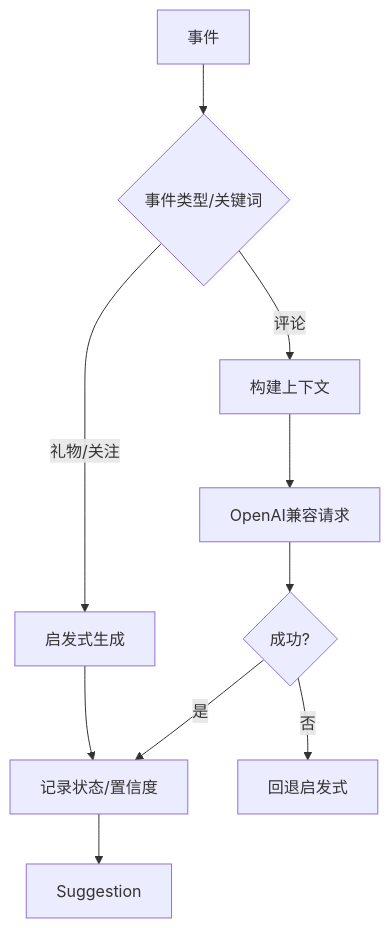
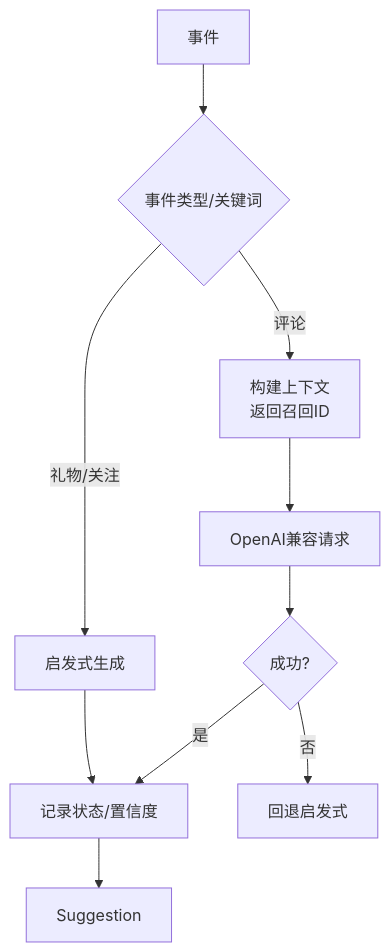
The fourth of 6 diagrams in .qoder/repowiki/zh/content/开发指南/调试与故障排除/调试与故障排除.md (Moon-Force/DouYin_llm), drawn with Mermaid before and after one commit. The commit also changed other lines of this file and 17 other files, not shown here.

````diff
--- a/.qoder/repowiki/zh/content/开发指南/调试与故障排除/调试与故障排除.md
+++ b/.qoder/repowiki/zh/content/开发指南/调试与故障排除/调试与故障排除.md
@@ -174,12 +168,12 @@
 ```mermaid
 flowchart TD
 Evt["事件"] --> Type{"事件类型/关键词"}
 Type --> |礼物/关注| Heu["启发式生成"]
-Type --> |评论| Ctx["构建上下文"]
+Type --> |评论| Ctx["构建上下文<br/>返回召回ID"]
 Ctx --> Gen["OpenAI兼容请求"]
 Gen --> Ok{"成功?"}
 Ok --> |是| Save["记录状态/置信度"]
 Ok --> |否| Fallback["回退启发式"]
 Heu --> Save
 Save --> Out["Suggestion"]
 ```
````
